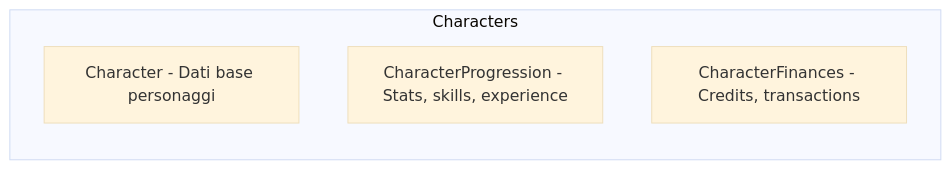
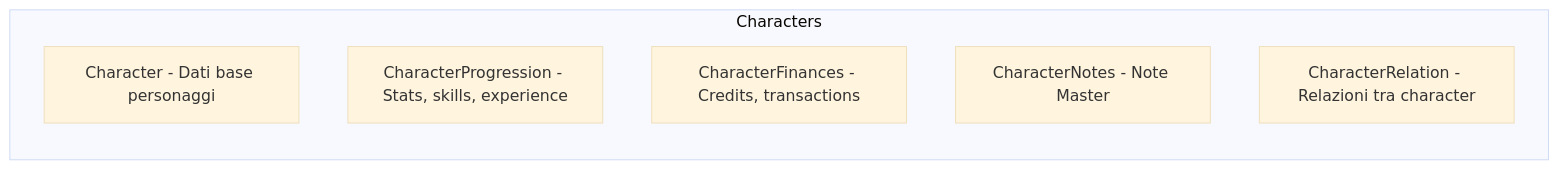
One commit to pagliagen/tenpennynovels changed the second of 14 diagrams in docs/tecnica/infrastructure/mongodb-schemas.md. Above: the diagram before and after it, drawn with Mermaid (base theme). The commit also changed other lines of this file and 523 other files, not shown here.

````diff
--- a/docs/tecnica/infrastructure/mongodb-schemas.md
+++ b/docs/tecnica/infrastructure/mongodb-schemas.md
@@ -35,8 +37,10 @@
 ```mermaid
 flowchart LR
     subgraph Characters["Characters"]
         Character[Character - Dati base personaggi]
         CharacterProgression[CharacterProgression - Stats, skills, experience]
         CharacterFinances[CharacterFinances - Credits, transactions]
+        CharacterNotes[CharacterNotes - Note Master]
+        CharacterRelation[CharacterRelation - Relazioni tra character]
     end
 ```
````
